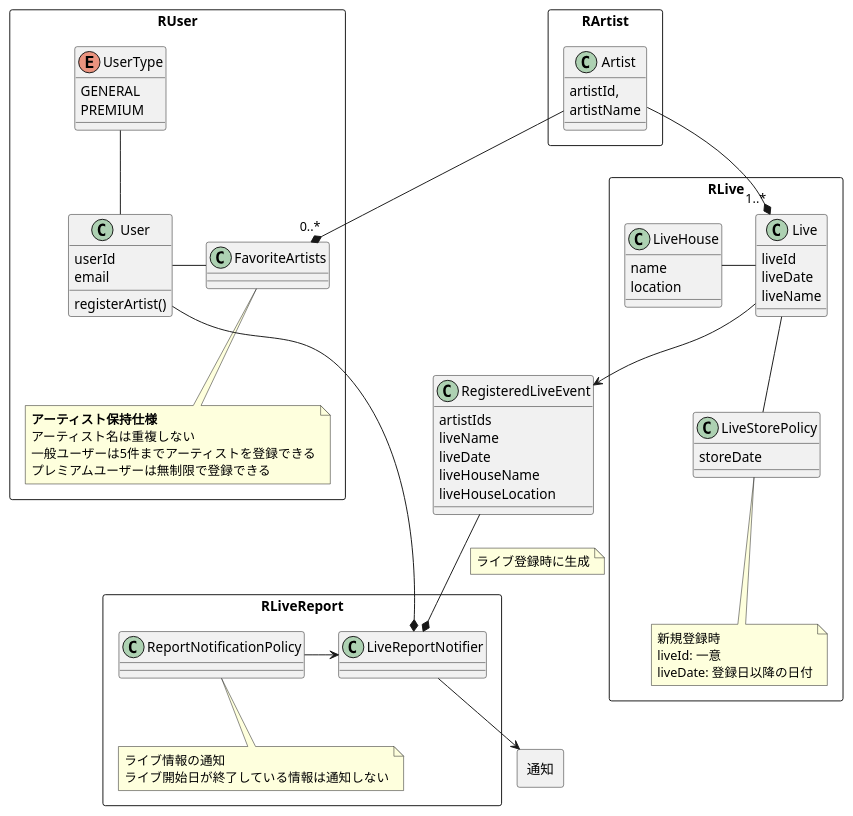
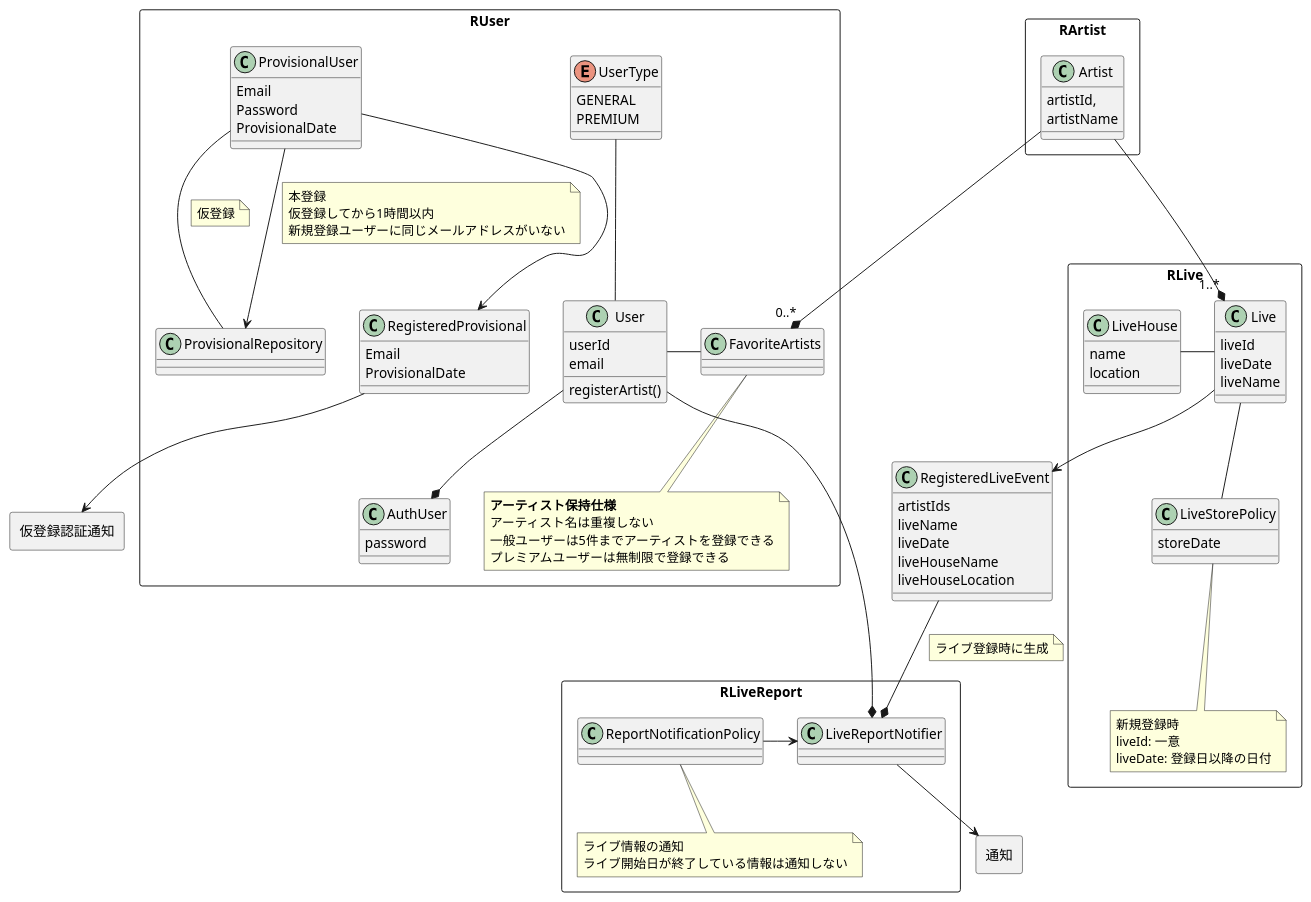
The diagram in model_design/live.pu (takutakuaoao/Lee), drawn with PlantUML before and after one commit. The commit also changed 17 other files, not shown here.

```diff
--- a/model_design/live.pu
+++ b/model_design/live.pu
@@ -1,102 +1,139 @@
 @startuml live
 
 rectangle RLiveReport {
     class LiveReportNotifier {
 
     }
 
     class ReportNotificationPolicy {
 
     }
 
     note bottom
     ライブ情報の通知
     ライブ開始日が終了している情報は通知しない
     end note
 
     ReportNotificationPolicy -right-> LiveReportNotifier
 }
 
 rectangle 通知 {
 
 }
 
 LiveReportNotifier -down-> 通知
 
 rectangle RUser {
     class User {
         userId
         email
         registerArtist()
     }
 
+    class AuthUser {
+        password
+    }
+
+    User --* AuthUser
+
     class FavoriteArtists {
 
     }
 
     note bottom
     **アーティスト保持仕様**
     アーティスト名は重複しない
     一般ユーザーは5件までアーティストを登録できる
     プレミアムユーザーは無制限で登録できる
     end note
 
     enum UserType {
         GENERAL
         PREMIUM
     }
 
+    class ProvisionalUser {
+        Email
+        Password
+        ProvisionalDate
+    }
+
+    class ProvisionalRepository {
+
+    }
+
+    class RegisteredProvisional {
+        Email
+        ProvisionalDate
+    }
+
 UserType -- User
 User - FavoriteArtists
+ProvisionalUser -- ProvisionalRepository
+note on link
+仮登録
+end note
+ProvisionalUser --> RegisteredProvisional
+ProvisionalUser --> ProvisionalRepository
+note on link
+本登録
+仮登録してから1時間以内
+新規登録ユーザーに同じメールアドレスがいない
+end note
 }
+
+rectangle 仮登録認証通知 {
+}
+
+RegisteredProvisional --> 仮登録認証通知
 
 rectangle RArtist {
 class Artist {
     artistId,
     artistName
 }
 }
 
 rectangle RLive {
 class Live {
     liveId
     liveDate
     liveName
 }
 
 class LiveHouse {
     name
     location
 }
 
 class LiveStorePolicy {
     storeDate
 }
 note bottom
 新規登録時
 liveId: 一意
 liveDate: 登録日以降の日付
 end note
 
 Live -left- LiveHouse
 Live -down- LiveStorePolicy
 }
 
 class RegisteredLiveEvent {
 artistIds
 liveName
 liveDate
 liveHouseName
 liveHouseLocation
 }
 
 Live -down-> RegisteredLiveEvent
 
 Artist --*"1..*" Live
 Artist --*"0..*" FavoriteArtists
 RegisteredLiveEvent -down-* LiveReportNotifier
 note on link
 ライブ登録時に生成
 end note
 User -down-* LiveReportNotifier
 @enduml
```
